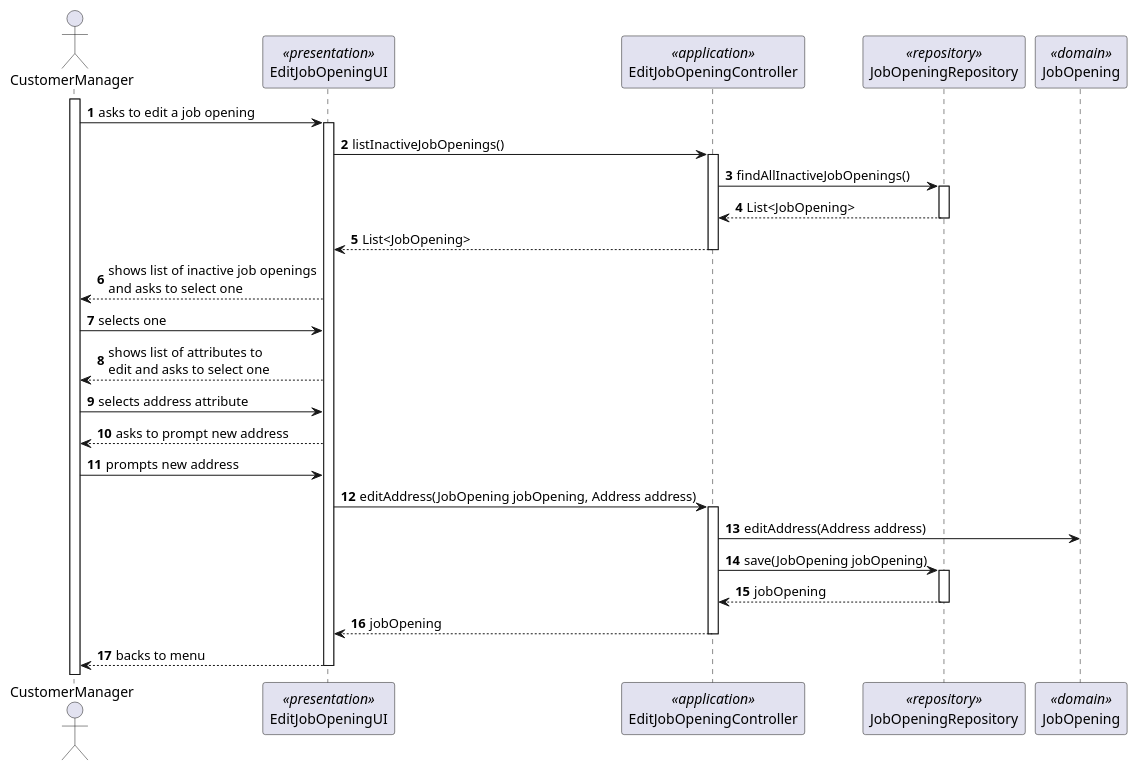
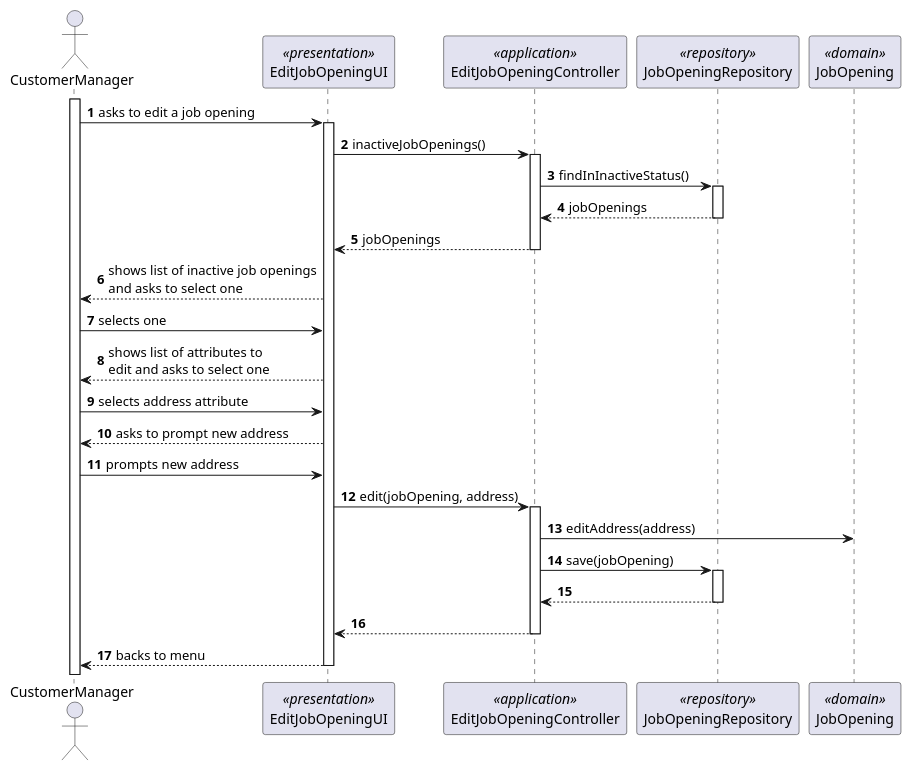
One commit to Rodrick0209/ISEP-SEM4PI-23-24 changed the diagram in docs/SprintC/us1004/SD/SD-Edit-Address.puml. Above: the diagram before and after it, drawn with PlantUML. The commit also changed 15 other files, not shown here.

```diff
--- a/docs/SprintC/us1004/SD/SD-Edit-Address.puml
+++ b/docs/SprintC/us1004/SD/SD-Edit-Address.puml
@@ -1,40 +1,40 @@
 @startuml
 'https://plantuml.com/sequence-diagram
 
 autonumber
 
 actor CustomerManager
 participant EditJobOpeningUI <<presentation>>
 participant EditJobOpeningController <<application>>
 participant JobOpeningRepository <<repository>>
 participant JobOpening <<domain>>
 
 activate CustomerManager
 CustomerManager -> EditJobOpeningUI : asks to edit a job opening
 activate EditJobOpeningUI
-EditJobOpeningUI -> EditJobOpeningController : listInactiveJobOpenings()
+EditJobOpeningUI -> EditJobOpeningController : inactiveJobOpenings()
 activate EditJobOpeningController
-EditJobOpeningController -> JobOpeningRepository : findAllInactiveJobOpenings()
+EditJobOpeningController -> JobOpeningRepository : findInInactiveStatus()
 activate JobOpeningRepository
-JobOpeningRepository --> EditJobOpeningController : List<JobOpening>
+JobOpeningRepository --> EditJobOpeningController : jobOpenings
 deactivate JobOpeningRepository
-EditJobOpeningController --> EditJobOpeningUI : List<JobOpening>
+EditJobOpeningController --> EditJobOpeningUI : jobOpenings
 deactivate EditJobOpeningController
 EditJobOpeningUI --> CustomerManager : shows list of inactive job openings\nand asks to select one
 CustomerManager -> EditJobOpeningUI : selects one
 EditJobOpeningUI --> CustomerManager : shows list of attributes to\nedit and asks to select one
 CustomerManager -> EditJobOpeningUI : selects address attribute
 EditJobOpeningUI --> CustomerManager : asks to prompt new address
 CustomerManager -> EditJobOpeningUI : prompts new address
-EditJobOpeningUI -> EditJobOpeningController : editAddress(JobOpening jobOpening, Address address)
+EditJobOpeningUI -> EditJobOpeningController : edit(jobOpening, address)
 activate EditJobOpeningController
-EditJobOpeningController -> JobOpening : editAddress(Address address)
-EditJobOpeningController -> JobOpeningRepository : save(JobOpening jobOpening)
+EditJobOpeningController -> JobOpening : editAddress(address)
+EditJobOpeningController -> JobOpeningRepository : save(jobOpening)
 activate JobOpeningRepository
-JobOpeningRepository --> EditJobOpeningController : jobOpening
+JobOpeningRepository --> EditJobOpeningController :
 deactivate JobOpeningRepository
-EditJobOpeningController --> EditJobOpeningUI : jobOpening
+EditJobOpeningController --> EditJobOpeningUI :
 deactivate EditJobOpeningController
 EditJobOpeningUI --> CustomerManager : backs to menu
 deactivate EditJobOpeningUI
 @enduml
```
